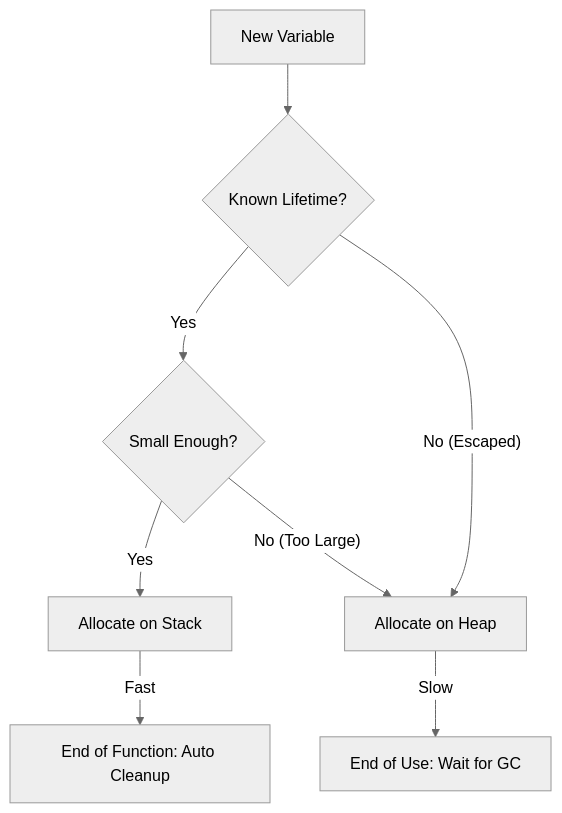
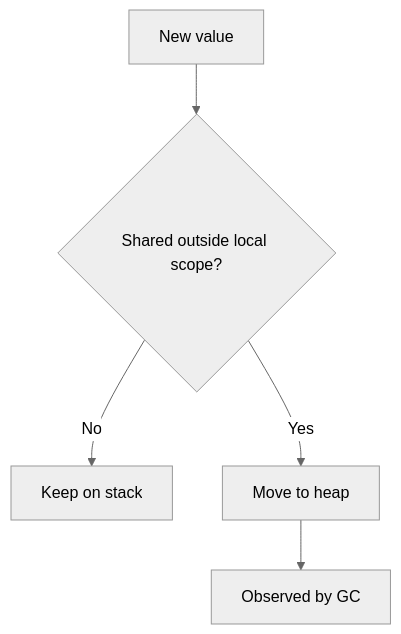
Before and after one commit to syahputrawork98-sketch/Golang-Knowledge-Base: the diagram in RAK-03-evolution/SR-05-internals/BK-01-memory/CH-01-escape-analysis/README.md, drawn with Mermaid (neutral theme). The commit also changed other lines of this file and 61 other files, not shown here.

````diff
--- a/RAK-03-evolution/SR-05-internals/BK-01-memory/CH-01-escape-analysis/README.md
+++ b/RAK-03-evolution/SR-05-internals/BK-01-memory/CH-01-escape-analysis/README.md
@@ -40,12 +35,7 @@
 ```mermaid
 graph TD
-    Var[New Variable] --> Lifetime{Known Lifetime?}
-    Lifetime -- Yes --> Size{Small Enough?}
-    Size -- Yes --> Stack[Allocate on Stack]
-    
-    Lifetime -- No (Escaped) --> Heap[Allocate on Heap]
-    Size -- No (Too Large) --> Heap
-    
-    Stack -- Fast --> Done[End of Function: Auto Cleanup]
-    Heap -- Slow --> GC[End of Use: Wait for GC]
+    Value[New value] --> Share{Shared outside local scope?}
+    Share -->|No| Stack[Keep on stack]
+    Share -->|Yes| Heap[Move to heap]
+    Heap --> GC[Observed by GC]
 ```
````
